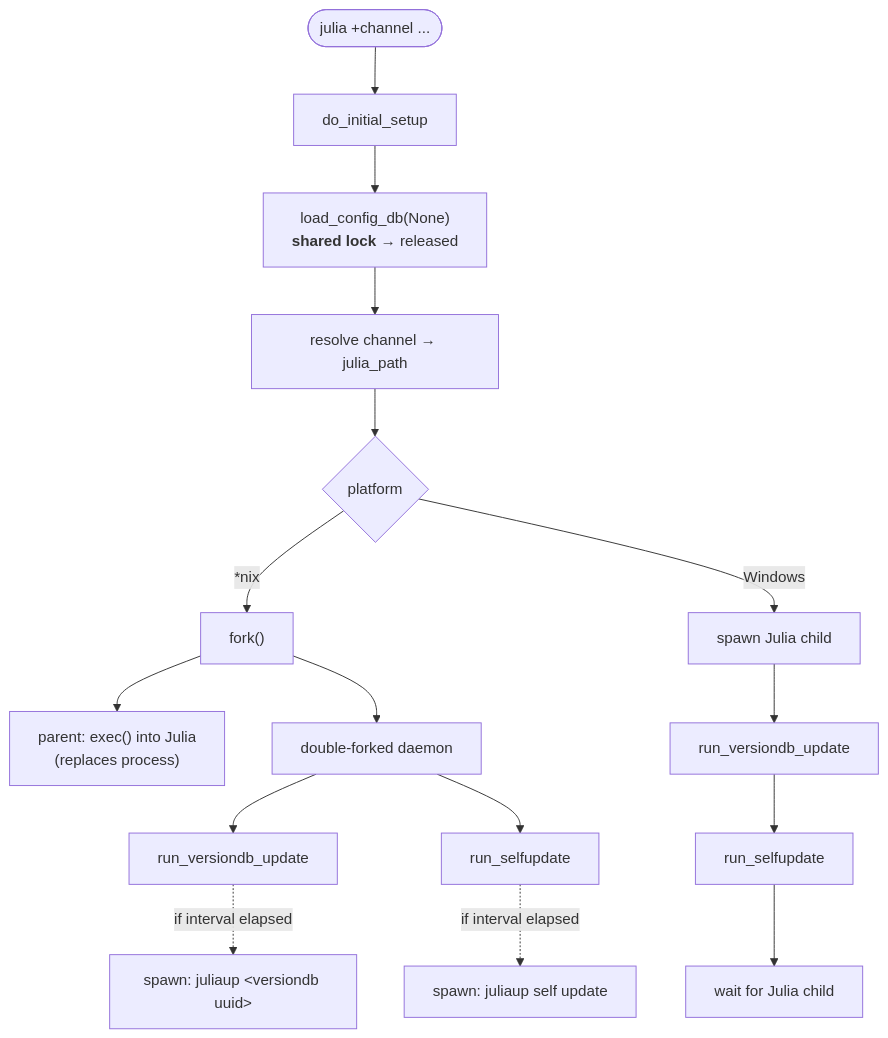
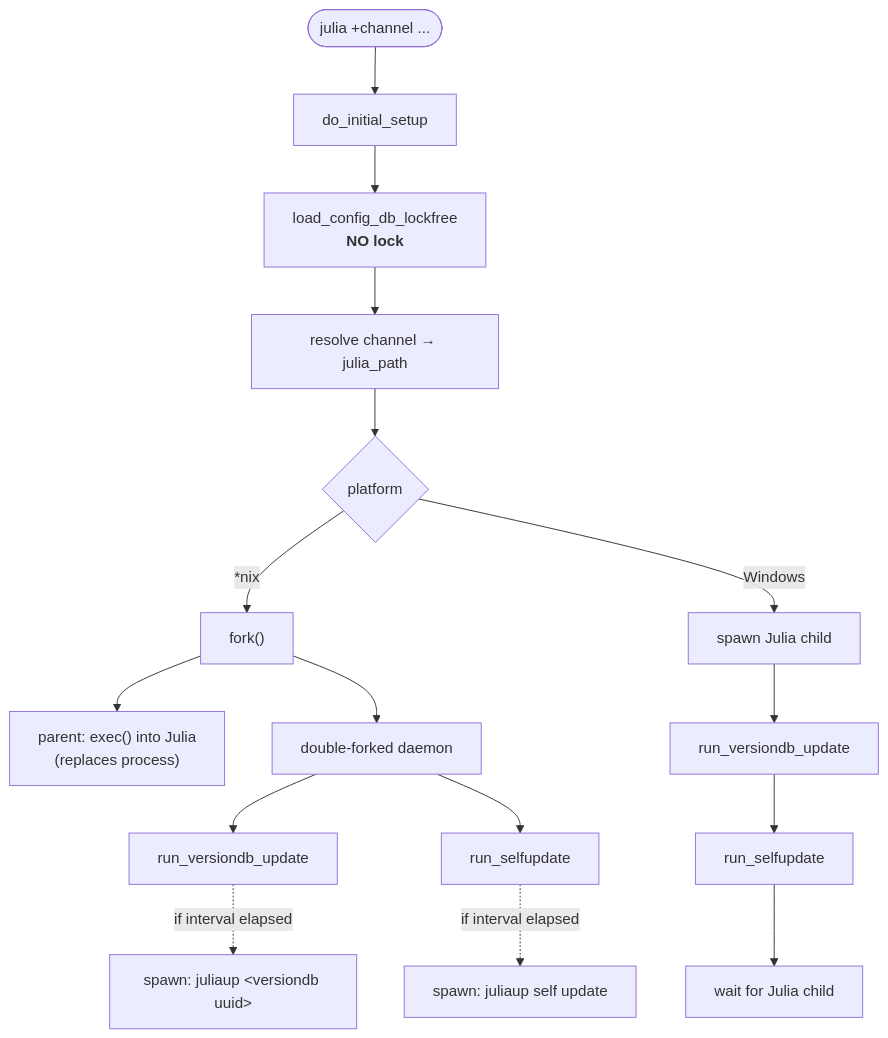
Before and after one commit to JuliaLang/juliaup: the second of 7 diagrams in devdocs/locking_and_update_flows.md, drawn with Mermaid. The commit also changed other lines of this file and 2 other files, not shown here.

First line of the commit message:
Make julialauncher config reads lock-free (#1533)

````diff
--- a/devdocs/locking_and_update_flows.md
+++ b/devdocs/locking_and_update_flows.md
@@ -62,21 +77,21 @@
 ```mermaid
 flowchart TD
     start(["julia +channel ..."]) --> setup["do_initial_setup"]
-    setup --> read["load_config_db(None)<br/><b>shared lock</b> → released"]
+    setup --> read["load_config_db_lockfree<br/><b>NO lock</b>"]
     read --> resolve["resolve channel → julia_path"]
     resolve --> fork{"platform"}
 
     fork -->|"*nix"| forkp["fork()"]
     forkp --> parent["parent: exec() into Julia<br/>(replaces process)"]
     forkp --> child["double-forked daemon"]
     child --> vdb["run_versiondb_update"]
     child --> su["run_selfupdate"]
 
     fork -->|"Windows"| spawn["spawn Julia child"]
     spawn --> vdbw["run_versiondb_update"]
     vdbw --> suw["run_selfupdate"]
     suw --> waitw["wait for Julia child"]
 
     vdb -.->|"if interval elapsed"| spawnvdb["spawn: juliaup &lt;versiondb uuid&gt;"]
     su -.->|"if interval elapsed"| spawnsu["spawn: juliaup self update"]
 ```
````
